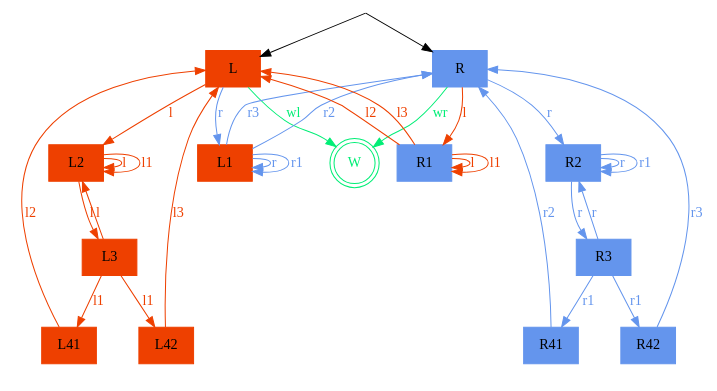
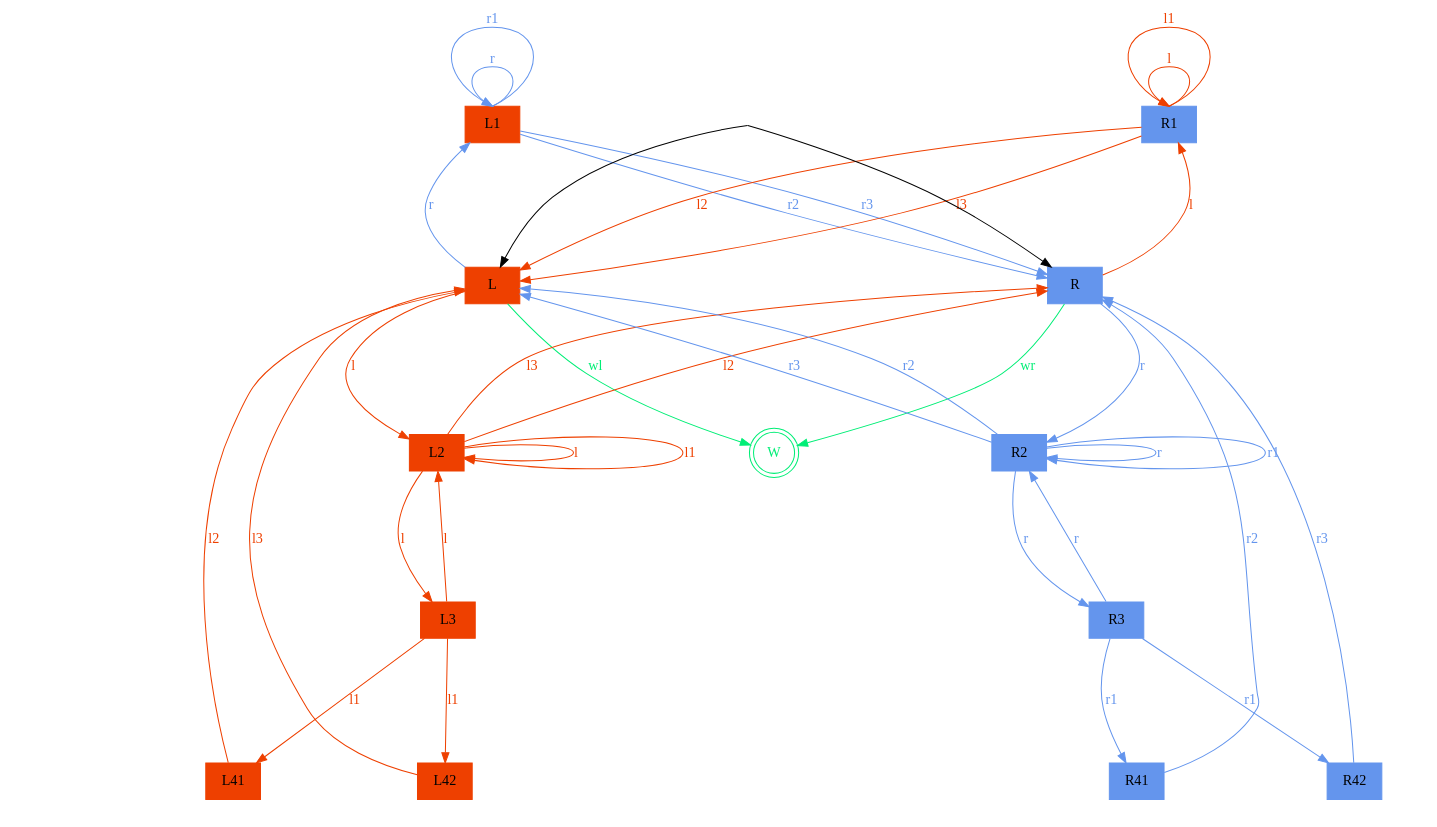
The diagram in examples/fig6-butterfly.dot (SynthesisLab/shepherd), drawn with Graphviz before and after one commit.

Commit message:
fig6-butterfly: missing edges

```diff
--- a/examples/fig6-butterfly.dot
+++ b/examples/fig6-butterfly.dot
@@ -1,82 +1,89 @@
 // This is the butterfly NFA from figure 6
 // It is controllable
 // Strategy: play a until in the dw-closure of (w,1,0,0,w); then play b followed by c or d towards (w,0,0,0,w); repeat.
 
 digraph Butterfly {
+    
+    graph [nodesep="1.5", ranksep="1.5"];
 
-    // Define nodes with shapes and labels only
-
-    init [label="",shape=none,height=0,width=0];
-    win [label="W", shape=doublecircle fontcolor=springgreen2 color=springgreen2];
 
     subgraph cluster_left {
         style=invis;  // do not draw a box around the subgraph
-    node [style=filled color=orangered2];
-    L [label="L" shape=box];
-    L1 [label="L1" shape=box];
-    L2 [label="L2" shape=box];
-    L3 [label="L3" shape=box];
-    L41 [label="L41" shape=box];
-    L42 [label="L42" shape=box];
-    
-    L1 -> L1 [label="r" color=cornflowerblue fontcolor=cornflowerblue];
-    L1 -> L1 [label="r1" color=cornflowerblue fontcolor=cornflowerblue];
+        node [style=filled color=orangered2];
+        {rank=min;
+            L1 [label="L1" shape=box];
+        }
+        L [label="L" shape=box];
+        L2 [label="L2" shape=box];
+        L3 [label="L3" shape=box];
+        L41 [label="L41" shape=box];
+        L42 [label="L42" shape=box];
+        
+        L1:n -> L1:n [label="r" color=cornflowerblue fontcolor=cornflowerblue];
+        L1:n -> L1:n [label="r1" color=cornflowerblue fontcolor=cornflowerblue];
 
-    L -> L1 [label="r" color=cornflowerblue fontcolor=cornflowerblue];
-    L -> L2 [label="l" color=orangered2 fontcolor=orangered2];
-    L2 -> L2 [label="l" color=orangered2 fontcolor=orangered2];
-    L2 -> L2 [label="l1" color=orangered2 fontcolor=orangered2];
-    L2 -> L3 [label="l" color=orangered2 fontcolor=orangered2];
-    L3 -> L2 [label="l" color=orangered2 fontcolor=orangered2];
+        L -> L1 [label="r" color=cornflowerblue fontcolor=cornflowerblue];
+        L -> L2 [label="l" color=orangered2 fontcolor=orangered2];
+        L2 -> L2 [label="l" color=orangered2 fontcolor=orangered2];
+        L2 -> L2 [label="l1" color=orangered2 fontcolor=orangered2];
+        L2 -> L3 [label="l" color=orangered2 fontcolor=orangered2];
+        L3 -> L2 [label="l" color=orangered2 fontcolor=orangered2];
 
-    L3 -> L41 [label="l1" color=orangered2 fontcolor=orangered2];
-    L3 -> L42 [label="l1" color=orangered2 fontcolor=orangered2];
-    L41 -> L [label="l2" color=orangered2 fontcolor=orangered2];
-    L42 -> L [label="l3" color=orangered2 fontcolor=orangered2];
+        L3 -> L41 [label="l1" color=orangered2 fontcolor=orangered2];
+        L3 -> L42 [label="l1" color=orangered2 fontcolor=orangered2];
+        L41 -> L [label="l2" color=orangered2 fontcolor=orangered2];
+        L42 -> L [label="l3" color=orangered2 fontcolor=orangered2];
 
 
     }
 
     subgraph cluster_right {
         style=invis;  // do not draw a box around the subgraph
-        //color=lightgreen;
         node [style=filled color=cornflowerblue];
 
+        {rank=min;
+            R1 [label="R1" shape=box];
+        }
         R [label="R" shape=box];
-        R1 [label="R1" shape=box];
         R2 [label="R2" shape=box];
         R3 [label="R3" shape=box];
         R41 [label="R41" shape=box];
         R42 [label="R42" shape=box];
 
-        R1 -> R1 [label="l" color=orangered2 fontcolor=orangered2];
-        R1 -> R1 [label="l1" color=orangered2 fontcolor=orangered2];
+        R1:n -> R1:n [label="l" color=orangered2 fontcolor=orangered2];
+        R1:n -> R1:n [label="l1" color=orangered2 fontcolor=orangered2];
 
         R -> R1 [label="l" color=orangered2 fontcolor=orangered2];
         R -> R2 [label="r" color=cornflowerblue fontcolor=cornflowerblue];
         R2 -> R2 [label="r" color=cornflowerblue fontcolor=cornflowerblue];
         R2 -> R2 [label="r1" color=cornflowerblue fontcolor=cornflowerblue];
         R2 -> R3 [label="r" color=cornflowerblue fontcolor=cornflowerblue];
         R3 -> R2 [label="r" color=cornflowerblue fontcolor=cornflowerblue];
 
         R3 -> R41 [label="r1" color=cornflowerblue fontcolor=cornflowerblue];
         R3 -> R42 [label="r1" color=cornflowerblue fontcolor=cornflowerblue];
         R41 -> R [label="r2" color=cornflowerblue fontcolor=cornflowerblue];
         R42 -> R [label="r3" color=cornflowerblue fontcolor=cornflowerblue];
     }
     
     L1 -> R [label="r2" color=cornflowerblue fontcolor=cornflowerblue];
     L1 -> R [label="r3" color=cornflowerblue fontcolor=cornflowerblue];
+    R2 -> L [label="r2" color=cornflowerblue fontcolor=cornflowerblue];
+    R2 -> L [label="r3" color=cornflowerblue fontcolor=cornflowerblue];
     R1 -> L [label="l2" color=orangered2 fontcolor=orangered2];
     R1 -> L [label="l3" color=orangered2 fontcolor=orangered2];
+    L2 -> R [label="l2" color=orangered2 fontcolor=orangered2];
+    L2 -> R [label="l3" color=orangered2 fontcolor=orangered2];
 
 
+    init [label="",shape=none,height=0,width=0];
+    win [label="W", shape=doublecircle fontcolor=springgreen2 color=springgreen2];
     // make states L and R initial
     init -> L;
     init -> R;
 
     // lw wins from the left, toxic on the right
     L -> win [label="wl" color=springgreen2 fontcolor=springgreen2];
     // rw wins from the right, toxic on the left
     R -> win [label="wr" color=springgreen2 fontcolor=springgreen2];
 }
```
